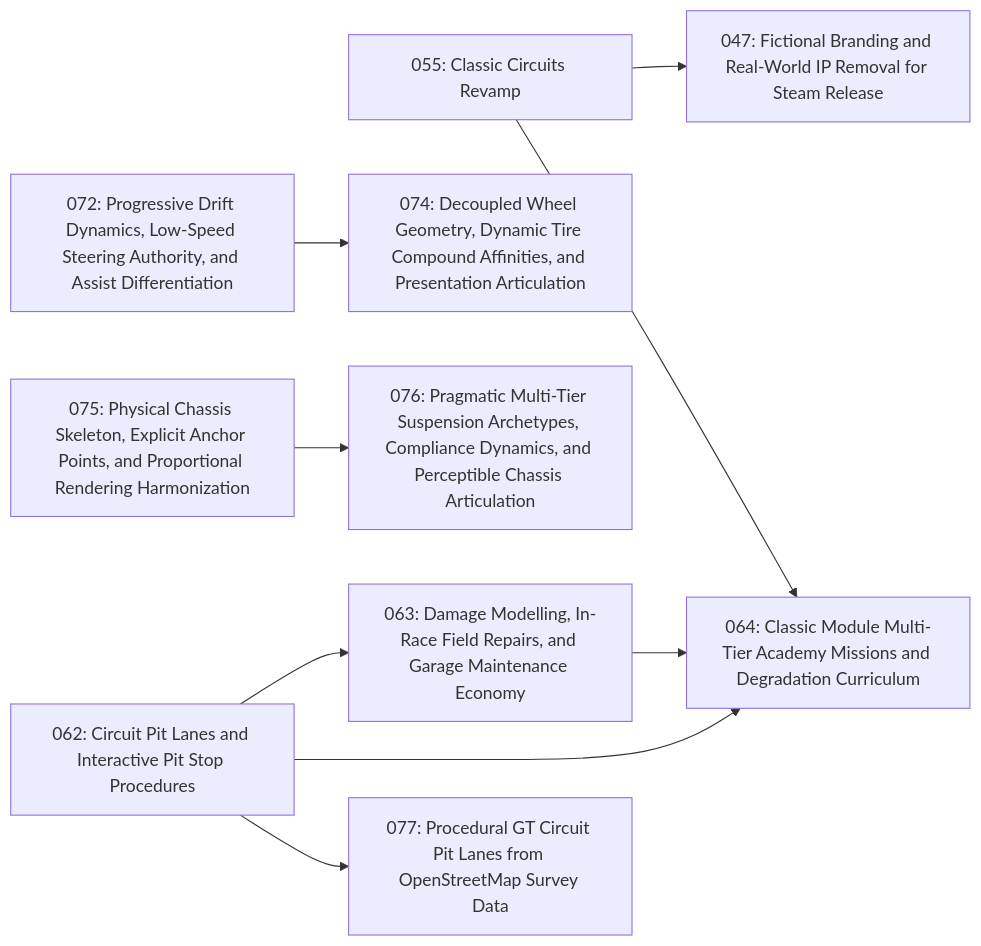
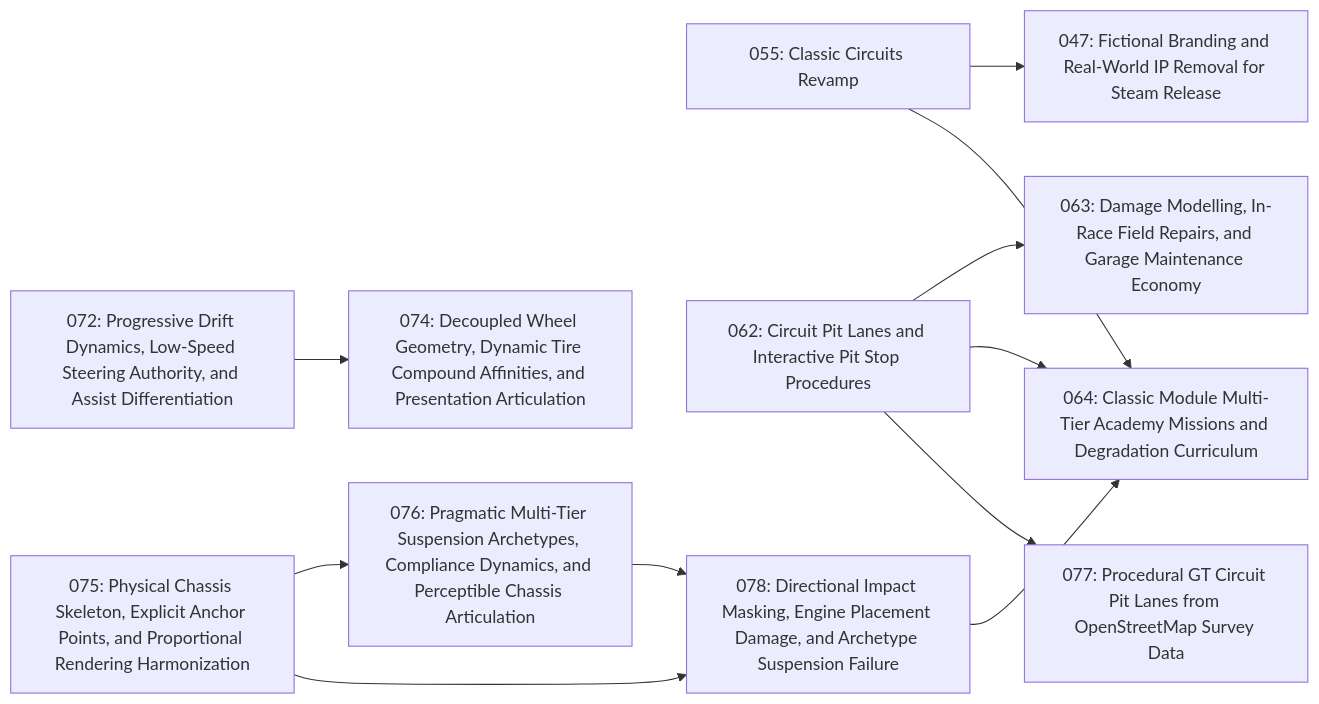
One commit to magomar/tdrace changed the diagram in specs/index.md. Above: the diagram before and after it, drawn with Mermaid. The commit also changed other lines of this file and 41 other files, not shown here.

````diff
--- a/specs/index.md
+++ b/specs/index.md
@@ -104,21 +105,24 @@
 ```mermaid
 flowchart LR
     047["047: Fictional Branding and Real-World IP Removal for Steam Release"]
     055["055: Classic Circuits Revamp"]
     062["062: Circuit Pit Lanes and Interactive Pit Stop Procedures"]
     063["063: Damage Modelling, In-Race Field Repairs, and Garage Maintenance Economy"]
     064["064: Classic Module Multi-Tier Academy Missions and Degradation Curriculum"]
     072["072: Progressive Drift Dynamics, Low-Speed Steering Authority, and Assist Differentiation"]
     074["074: Decoupled Wheel Geometry, Dynamic Tire Compound Affinities, and Presentation Articulation"]
     075["075: Physical Chassis Skeleton, Explicit Anchor Points, and Proportional Rendering Harmonization"]
     076["076: Pragmatic Multi-Tier Suspension Archetypes, Compliance Dynamics, and Perceptible Chassis Articulation"]
     077["077: Procedural GT Circuit Pit Lanes from OpenStreetMap Survey Data"]
+    078["078: Directional Impact Masking, Engine Placement Damage, and Archetype Suspension Failure"]
     055 --> 047
     062 --> 063
     055 --> 064
     062 --> 064
-    063 --> 064
+    078 --> 064
     072 --> 074
     075 --> 076
     062 --> 077
+    075 --> 078
+    076 --> 078
 ```
````
